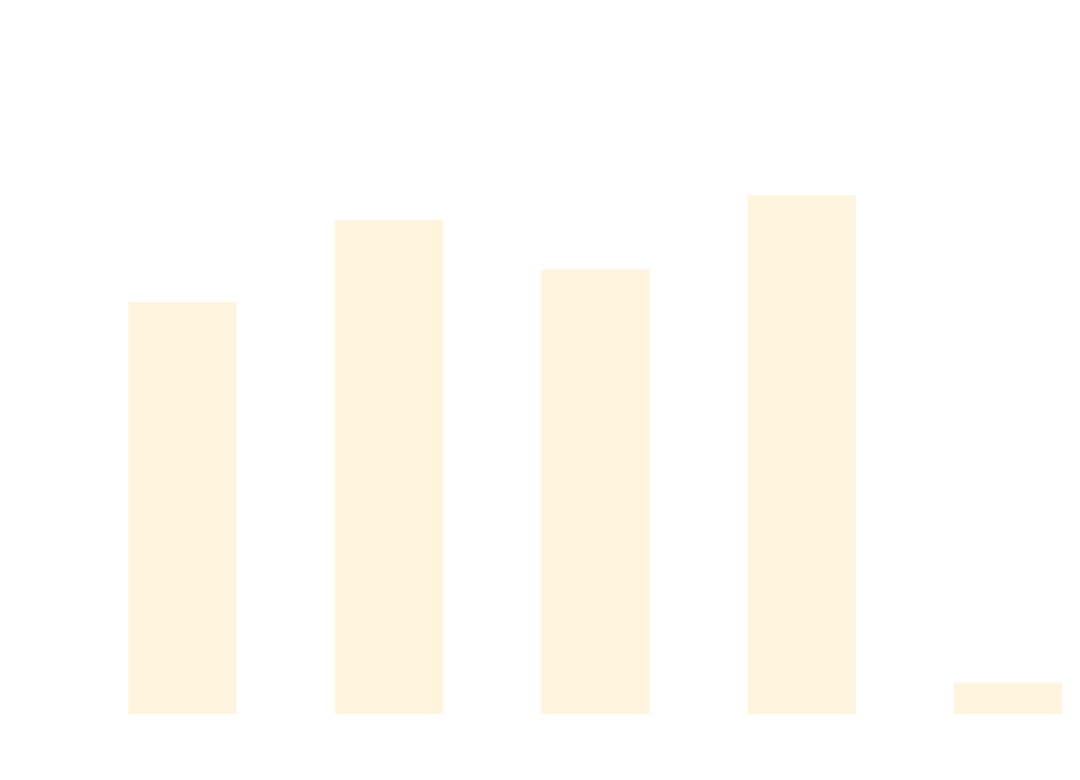
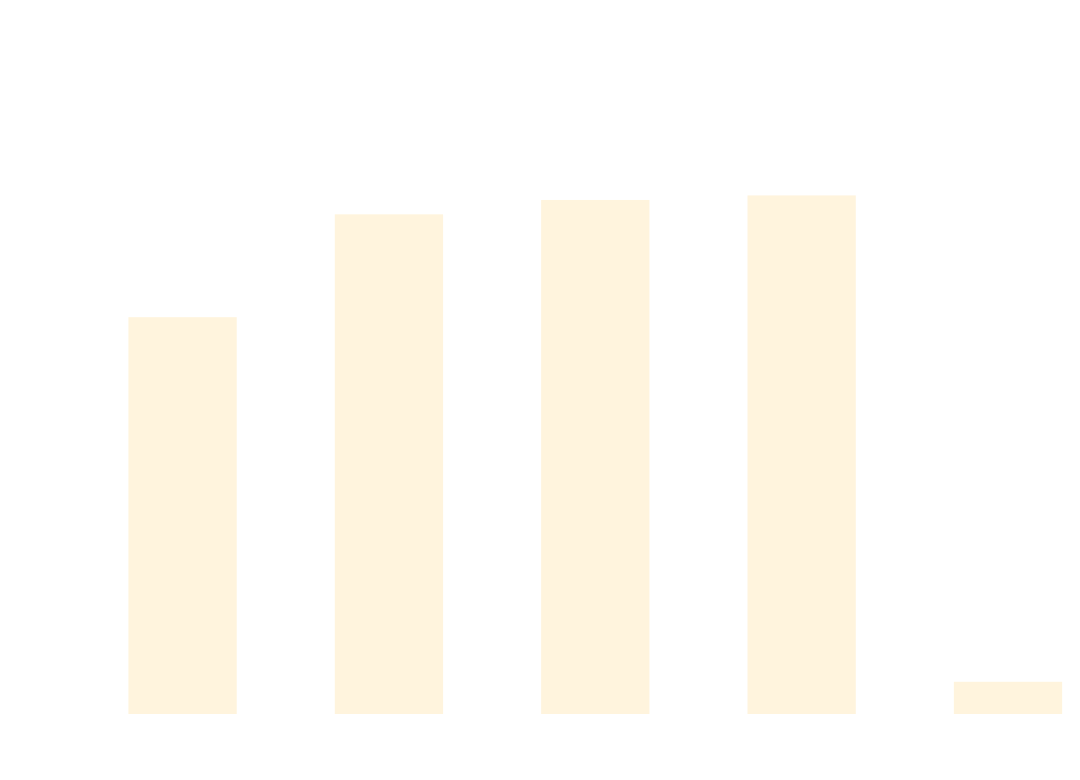
One commit to thomhurst/TUnit changed the diagram in docs/docs/benchmarks/DataDrivenTests.md. Above: the diagram before and after it, drawn with Mermaid. The commit also changed other lines of this file and 17 other files, not shown here.

````diff
--- a/docs/docs/benchmarks/DataDrivenTests.md
+++ b/docs/docs/benchmarks/DataDrivenTests.md
@@ -27,37 +27,37 @@
 ```mermaid
 %%{init: {
   'theme':'base',
   'themeVariables': {
     'primaryColor': '#2563eb',
     'primaryTextColor': '#ffffff',
     'primaryBorderColor': '#1e40af',
     'lineColor': '#6b7280',
     'secondaryColor': '#7c3aed',
     'tertiaryColor': '#dc2626',
     'background': '#ffffff',
     'mainBkg': '#2563eb',
     'secondBkg': '#7c3aed',
     'tertiaryBkg': '#dc2626',
     'clusterBkg': '#f3f4f6',
     'edgeLabelBackground': '#ffffff',
     'tertiaryTextColor': '#1f2937',
     'pie1': '#2563eb',
     'pie2': '#7c3aed',
     'pie3': '#dc2626',
     'pie4': '#f59e0b',
     'pie5': '#10b981',
     'pie6': '#06b6d4',
     'pie7': '#ec4899',
     'pie8': '#6366f1',
     'pie9': '#84cc16',
     'pie10': '#f97316',
     'pie11': '#14b8a6',
     'pie12': '#a855f7'
   }
 }}%%
 xychart-beta
   title "DataDrivenTests Performance Comparison"
   x-axis ["TUnit", "NUnit", "MSTest", "xUnit3", "TUnit_AOT"]
-  y-axis "Time (ms)" 0 --> 690
-  bar [453.61, 546.73, 490.42, 574.88, 21.26]
+  y-axis "Time (ms)" 0 --> 689
+  bar [435.58, 552.23, 568.53, 573.7, 22.06]
 ```
````
